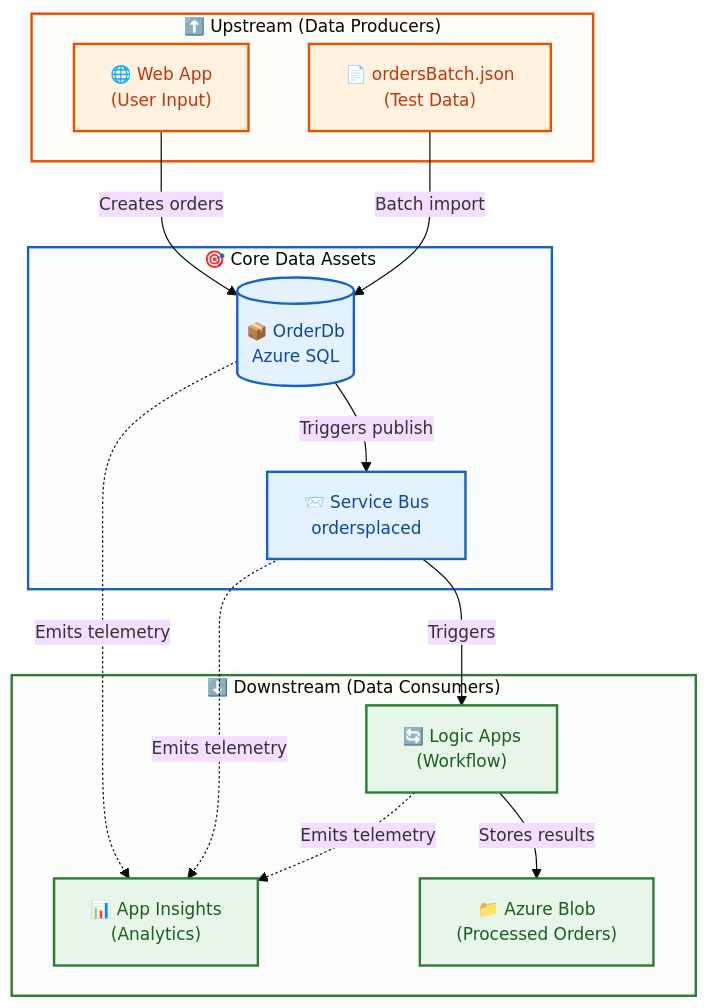
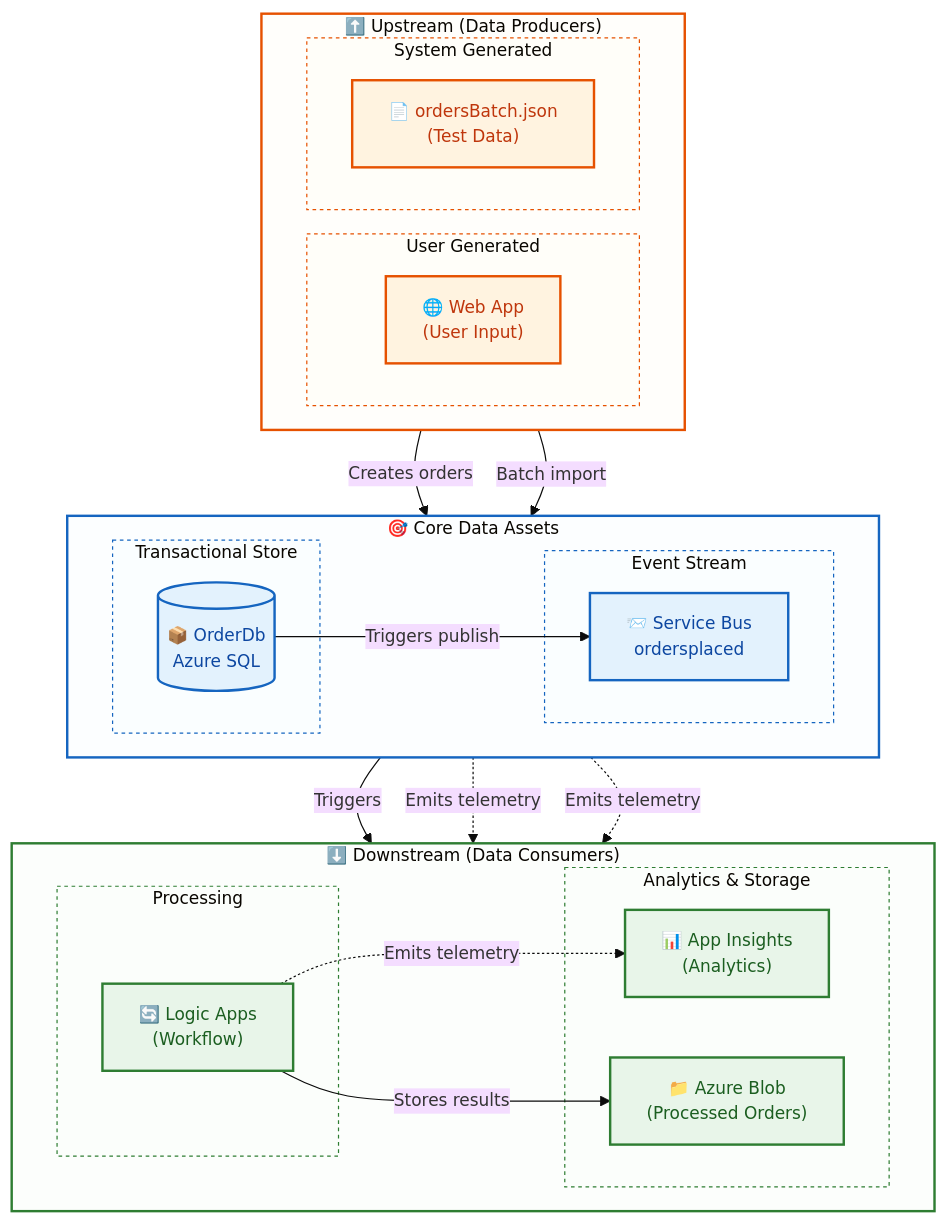
One commit to Evilazaro/Azure-LogicApps-Monitoring changed the sixth of 6 diagrams in docs/architecture/02-data-architecture.md. Above: the diagram before and after it, drawn with Mermaid. The commit also changed other lines of this file, not shown here.

Commit message:
Refactor data architecture diagrams with improved subgraph organization for clearer domain and store separation

````diff
--- a/docs/architecture/02-data-architecture.md
+++ b/docs/architecture/02-data-architecture.md
@@ -409,43 +476,66 @@
 ```mermaid
 %%{init: {'theme': 'base', 'themeVariables': { 'fontSize': '14px'}}}%%
 flowchart TD
     subgraph Upstream["⬆️ Upstream (Data Producers)"]
-        WebApp["🌐 Web App<br/>(User Input)"]
-        TestData["📄 ordersBatch.json<br/>(Test Data)"]
+        direction LR
+        subgraph UserInput["User Generated"]
+            WebApp["🌐 Web App<br/>(User Input)"]
+        end
+        subgraph SystemInput["System Generated"]
+            TestData["📄 ordersBatch.json<br/>(Test Data)"]
+        end
     end
 
     subgraph Core["🎯 Core Data Assets"]
-        OrderDb[("📦 OrderDb<br/>Azure SQL")]
-        EventBus["📨 Service Bus<br/>ordersplaced"]
+        direction LR
+        subgraph Transactional["Transactional Store"]
+            OrderDb[("📦 OrderDb<br/>Azure SQL")]
+        end
+        subgraph EventStream["Event Stream"]
+            EventBus["📨 Service Bus<br/>ordersplaced"]
+        end
     end
 
     subgraph Downstream["⬇️ Downstream (Data Consumers)"]
-        LogicApp["🔄 Logic Apps<br/>(Workflow)"]
-        AppInsights["📊 App Insights<br/>(Analytics)"]
-        Blob["📁 Azure Blob<br/>(Processed Orders)"]
+        direction LR
+        subgraph Processing["Processing"]
+            LogicApp["🔄 Logic Apps<br/>(Workflow)"]
+        end
+        subgraph Analytics["Analytics & Storage"]
+            AppInsights["📊 App Insights<br/>(Analytics)"]
+            Blob["📁 Azure Blob<br/>(Processed Orders)"]
+        end
     end
 
+    %% Data flow connections
     WebApp -->|"Creates orders"| OrderDb
     TestData -->|"Batch import"| OrderDb
     OrderDb -->|"Triggers publish"| EventBus
     EventBus -->|"Triggers"| LogicApp
     LogicApp -->|"Stores results"| Blob
     
+    %% Telemetry flows (dotted)
     OrderDb -.->|"Emits telemetry"| AppInsights
     EventBus -.->|"Emits telemetry"| AppInsights
     LogicApp -.->|"Emits telemetry"| AppInsights
 
     %% Accessible color palette with clear data flow direction
     classDef upstream fill:#fff3e0,stroke:#e65100,stroke-width:2px,color:#bf360c
     classDef core fill:#e3f2fd,stroke:#1565c0,stroke-width:2px,color:#0d47a1
     classDef downstream fill:#e8f5e9,stroke:#2e7d32,stroke-width:2px,color:#1b5e20
 
     class WebApp,TestData upstream
     class OrderDb,EventBus core
     class LogicApp,AppInsights,Blob downstream
 
     %% Subgraph container styling for visual layer grouping
     style Upstream fill:#fff3e022,stroke:#e65100,stroke-width:2px
     style Core fill:#e3f2fd22,stroke:#1565c0,stroke-width:2px
     style Downstream fill:#e8f5e922,stroke:#2e7d32,stroke-width:2px
+    style UserInput fill:#fff3e011,stroke:#e65100,stroke-width:1px,stroke-dasharray:3
+    style SystemInput fill:#fff3e011,stroke:#e65100,stroke-width:1px,stroke-dasharray:3
+    style Transactional fill:#e3f2fd11,stroke:#1565c0,stroke-width:1px,stroke-dasharray:3
+    style EventStream fill:#e3f2fd11,stroke:#1565c0,stroke-width:1px,stroke-dasharray:3
+    style Processing fill:#e8f5e911,stroke:#2e7d32,stroke-width:1px,stroke-dasharray:3
+    style Analytics fill:#e8f5e911,stroke:#2e7d32,stroke-width:1px,stroke-dasharray:3
 ```
````
